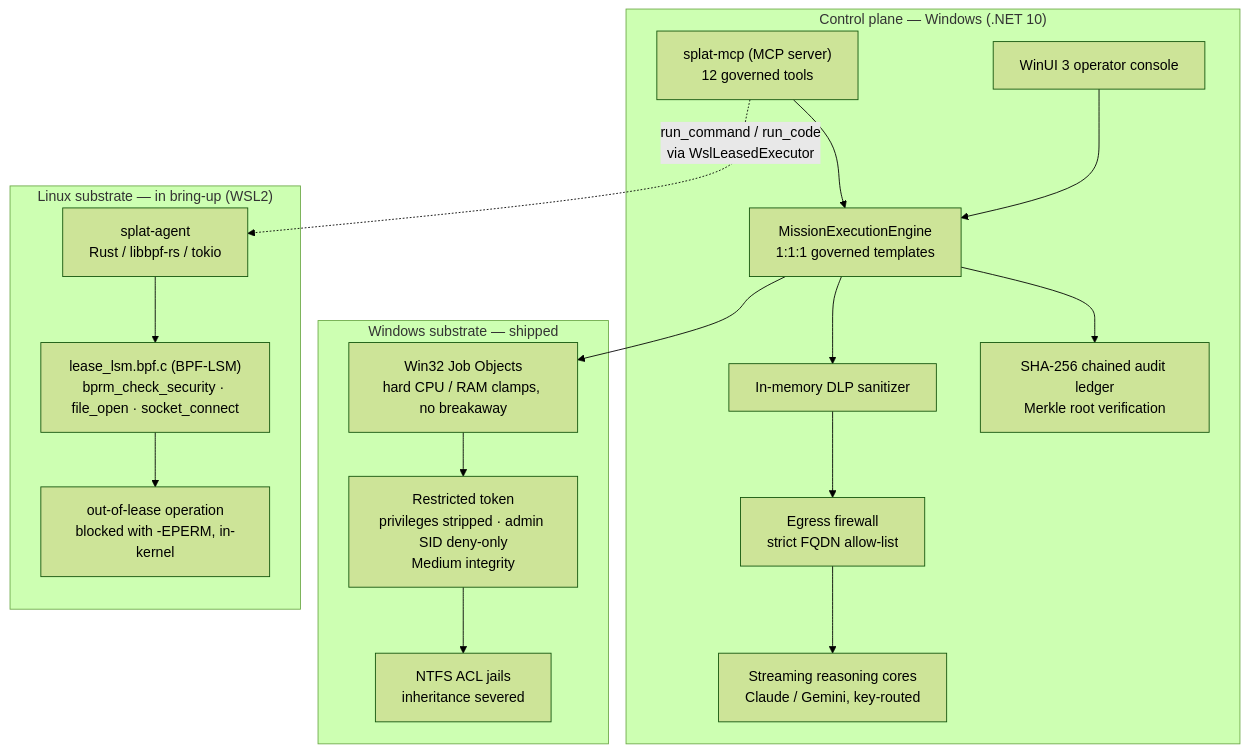
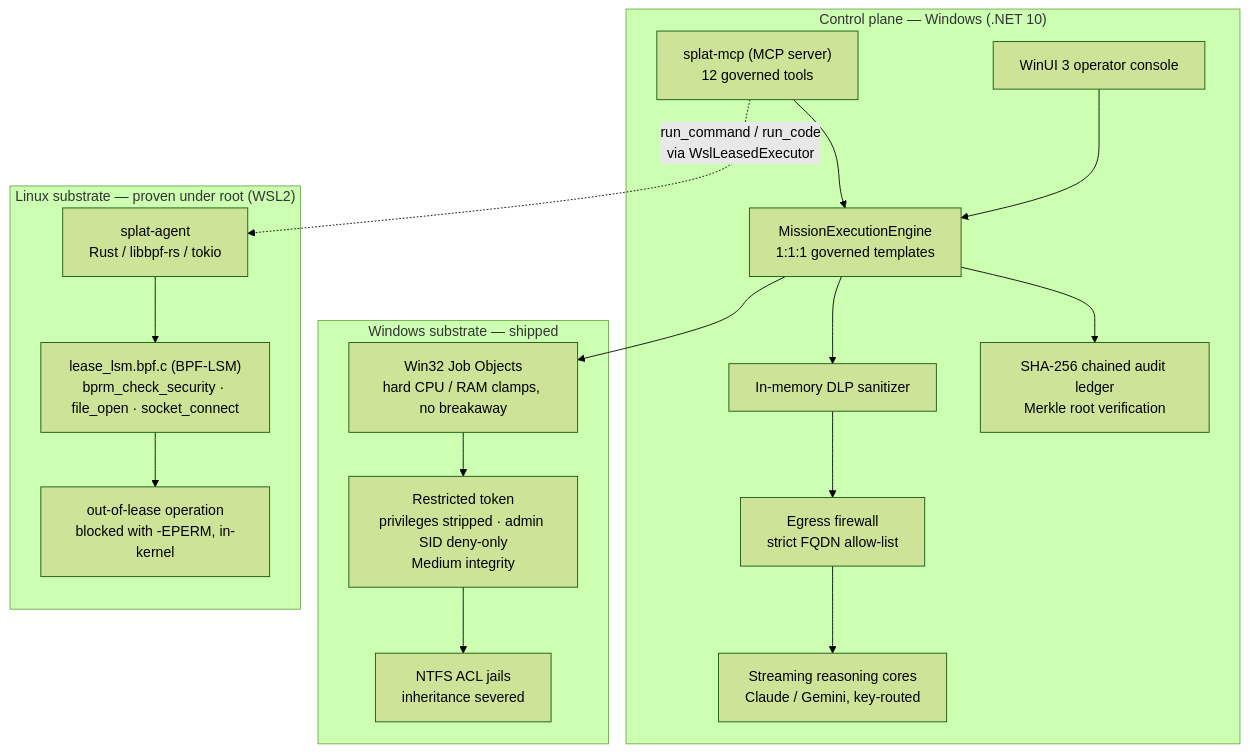
The diagram in README.md (Spplatten/SPLAT), drawn with Mermaid (forest theme) before and after one commit. The commit also changed other lines of this file and 12 other files, not shown here.

````diff
--- a/README.md
+++ b/README.md
@@ -54,25 +54,25 @@
 ```mermaid
 flowchart TD
     subgraph CP["Control plane — Windows (.NET 10)"]
         UI["WinUI 3 operator console"] --> ENG["MissionExecutionEngine<br/>1:1:1 governed templates"]
         MCP["splat-mcp (MCP server)<br/>12 governed tools"] --> ENG
         ENG --> DLP["In-memory DLP sanitizer"]
         DLP --> FW["Egress firewall<br/>strict FQDN allow-list"]
         FW --> AI["Streaming reasoning cores<br/>Claude / Gemini, key-routed"]
         ENG --> LED["SHA-256 chained audit ledger<br/>Merkle root verification"]
     end
     subgraph WIN["Windows substrate — shipped"]
         JO["Win32 Job Objects<br/>hard CPU / RAM clamps, no breakaway"]
         RT["Restricted token<br/>privileges stripped · admin SID deny-only<br/>Medium integrity"]
         JAIL["NTFS ACL jails<br/>inheritance severed"]
         JO --> RT --> JAIL
     end
-    subgraph LNX["Linux substrate — in bring-up (WSL2)"]
+    subgraph LNX["Linux substrate — proven under root (WSL2)"]
         AGENT["splat-agent<br/>Rust / libbpf-rs / tokio"]
         LSM["lease_lsm.bpf.c (BPF-LSM)<br/>bprm_check_security · file_open · socket_connect"]
         EPERM["out-of-lease operation<br/>blocked with -EPERM, in-kernel"]
         AGENT --> LSM --> EPERM
     end
     ENG --> JO
     MCP -.->|run_command / run_code<br/>via WslLeasedExecutor| AGENT
 ```
````
